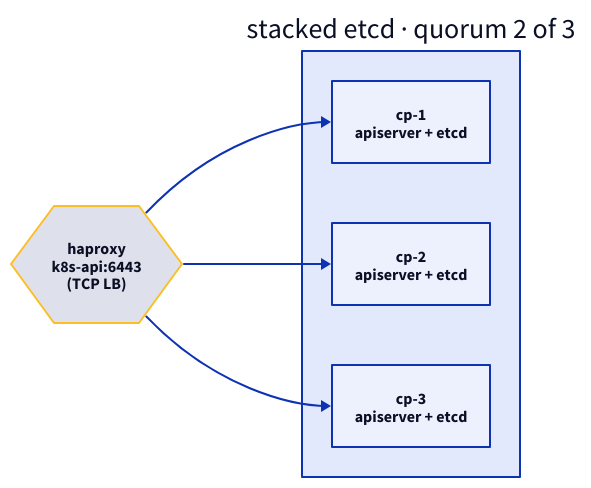
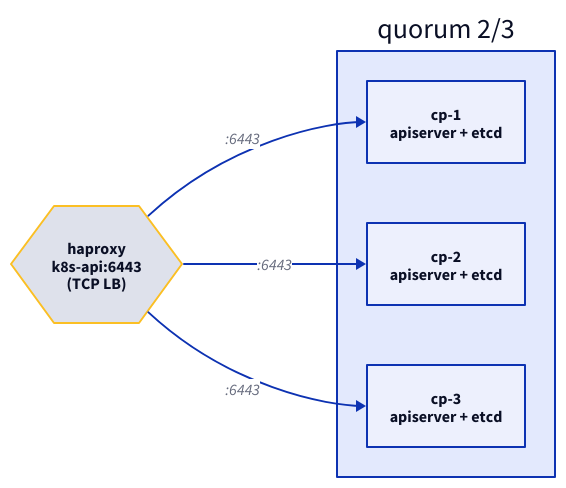
One commit to michael-duren/rubber-duck changed the third of 4 diagrams in courses/cka-kubeadm-python.md. Above: the diagram before and after it, drawn with D2. The commit also changed other lines of this file and 29 other files, not shown here.

````diff
--- a/courses/cka-kubeadm-python.md
+++ b/courses/cka-kubeadm-python.md
@@ -475,12 +479,12 @@
 ```d2
 direction: right
 lb: "haproxy\nk8s-api:6443\n(TCP LB)" {shape: hexagon; style.stroke: "#fbbf24"; style.stroke-width: 2}
-quorum: "stacked etcd · quorum 2 of 3" {
+quorum: "quorum 2/3" {
   cp1: "cp-1\napiserver + etcd"
   cp2: "cp-2\napiserver + etcd"
   cp3: "cp-3\napiserver + etcd"
 }
-lb -> quorum.cp1
-lb -> quorum.cp2
-lb -> quorum.cp3
+lb -> quorum.cp1: ":6443"
+lb -> quorum.cp2: ":6443"
+lb -> quorum.cp3: ":6443"
 ```
````
